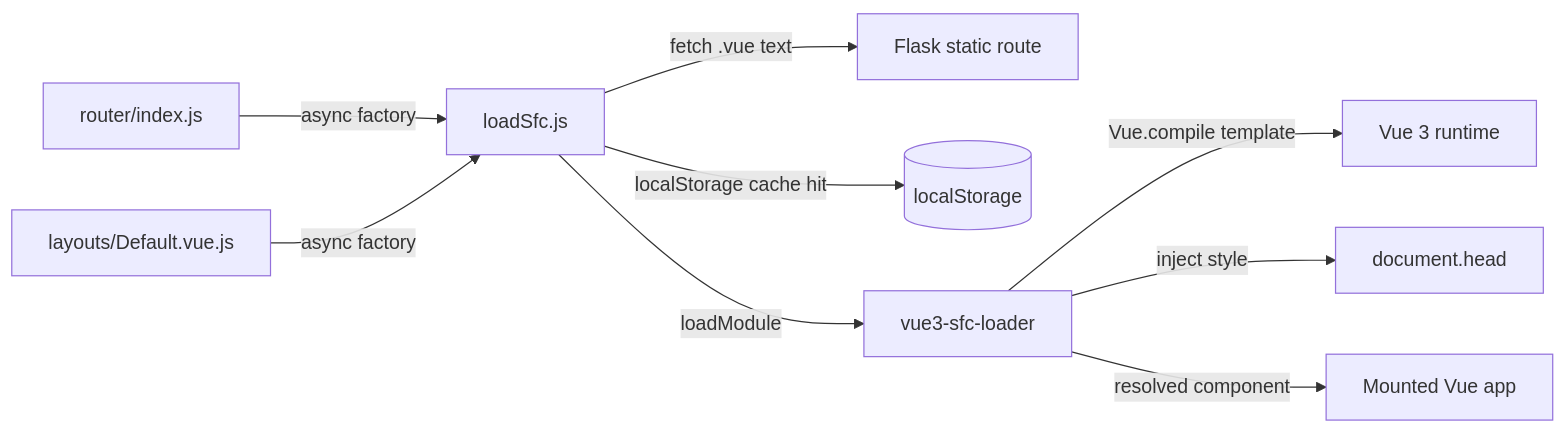
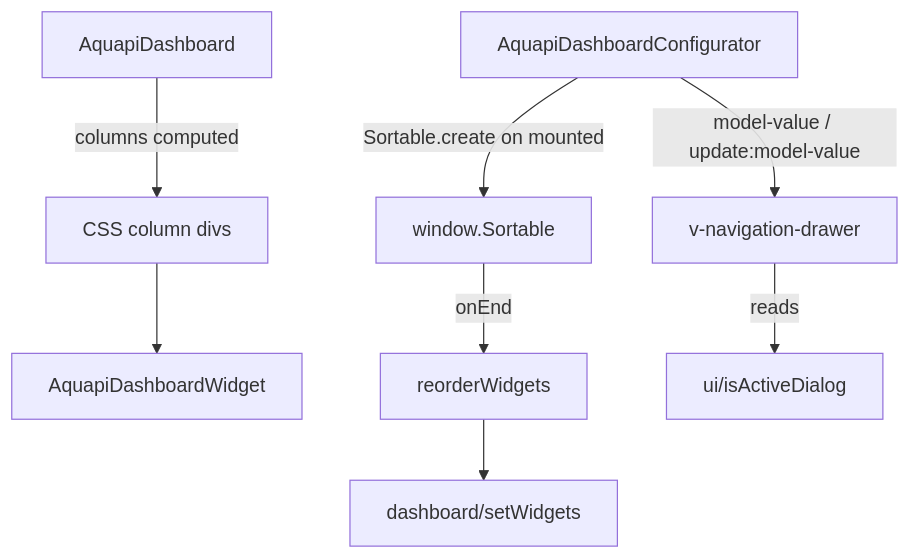
Before and after one commit to schwabix-1311/aquaPI: the diagram in .junie/plans/vue3-vuetify3-vuex4-migration.md, drawn with Mermaid. The commit also changed other lines of this file and 5 other files, not shown here.

First line of the commit message:
Fix dashboard/nav-drawer regressions from Vue 3 migration

````diff
--- a/.junie/plans/vue3-vuetify3-vuex4-migration.md
+++ b/.junie/plans/vue3-vuetify3-vuex4-migration.md
@@ -102,11 +105,10 @@
 ```mermaid
-graph LR
-    Router[router/index.js] -->|async factory| LoadSfc[loadSfc.js]
-    Layout[layouts/Default.vue.js] -->|async factory| LoadSfc
-    LoadSfc -->|fetch .vue text| Flask[Flask static route]
-    LoadSfc -->|localStorage cache hit| Cache[(localStorage)]
-    LoadSfc -->|loadModule| SfcLoader[vue3-sfc-loader]
-    SfcLoader -->|Vue.compile template| Vue3[Vue 3 runtime]
-    SfcLoader -->|inject style| Head[document.head]
-    SfcLoader -->|resolved component| App[Mounted Vue app]
+graph TD
+    Dashboard[AquapiDashboard] -->|columns computed| ColDivs[CSS column divs]
+    ColDivs --> Widget[AquapiDashboardWidget]
+    Configurator[AquapiDashboardConfigurator] -->|Sortable.create on mounted| SortableJS[window.Sortable]
+    SortableJS -->|onEnd| Reorder[reorderWidgets]
+    Reorder --> Store[dashboard/setWidgets]
+    Configurator -->|model-value / update:model-value| Drawer[v-navigation-drawer]
+    Drawer -->|reads| UiStore[ui/isActiveDialog]
 ```
````
